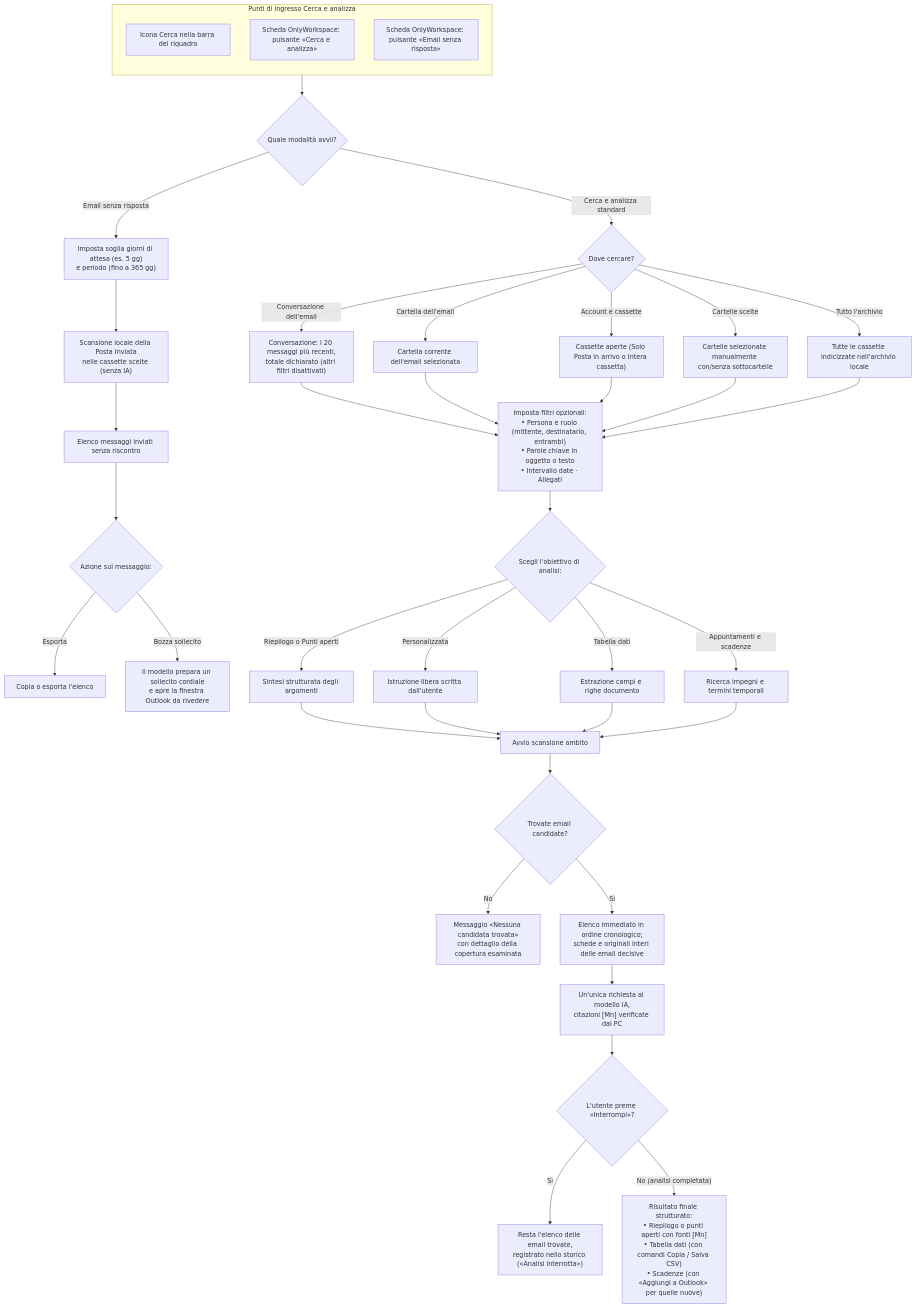
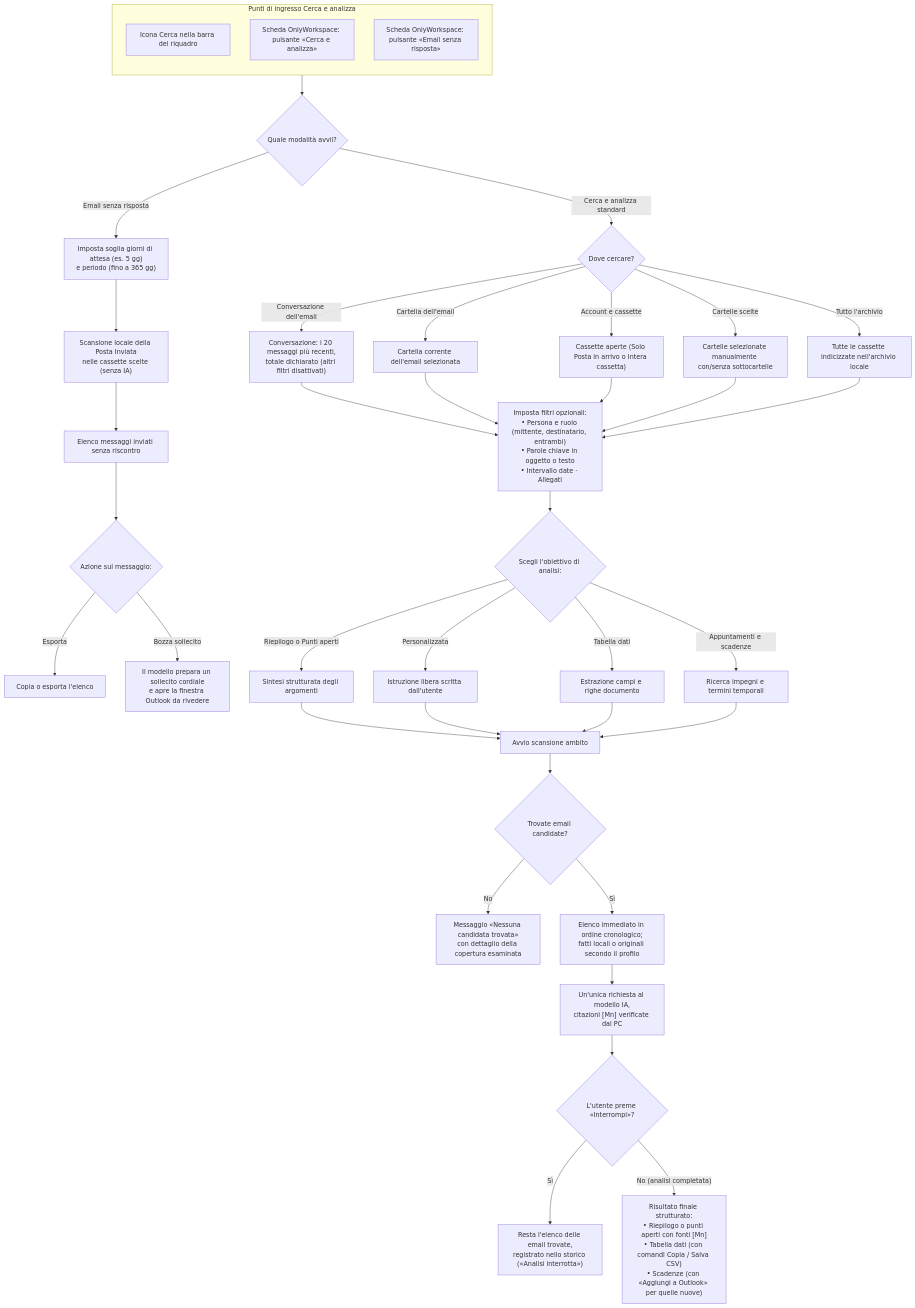
One commit to dennidalpos/OnlyWorkspace changed the fourth of 6 diagrams in docs/utente/guida-visiva.md. Above: the diagram before and after it, drawn with Mermaid. The commit also changed other lines of this file and 12 other files, not shown here.

````diff
--- a/docs/utente/guida-visiva.md
+++ b/docs/utente/guida-visiva.md
@@ -193,55 +195,55 @@
 ```mermaid
 flowchart TD
     subgraph INGRESSO_SEARCH["Punti di ingresso Cerca e analizza"]
         direction TB
         S1["Icona Cerca nella barra del riquadro"]
         S2["Scheda OnlyWorkspace: pulsante «Cerca e analizza»"]
         S3["Scheda OnlyWorkspace: pulsante «Email senza risposta»"]
     end
 
     INGRESSO_SEARCH --> RAMO_TIPO{"Quale modalità avvii?"}
 
     RAMO_TIPO -->|"Email senza risposta"| ESR_SETUP["Imposta soglia giorni di attesa (es. 5 gg)<br/>e periodo (fino a 365 gg)"]
     ESR_SETUP --> ESR_RUN["Scansione locale della Posta Inviata<br/>nelle cassette scelte (senza IA)"]
     ESR_RUN --> ESR_RES["Elenco messaggi inviati senza riscontro"]
     ESR_RES --> ESR_ACT{"Azione sul messaggio:"}
     ESR_ACT -->|"Esporta"| ESR_EXP["Copia o esporta l'elenco"]
     ESR_ACT -->|"Bozza sollecito"| ESR_DRAFT["Il modello prepara un sollecito cordiale<br/>e apre la finestra Outlook da rivedere"]
 
     RAMO_TIPO -->|"Cerca e analizza standard"| AMBITO{"Dove cercare?"}
 
     AMBITO -->|"Conversazione dell'email"| AMB_CONV["Conversazione: i 20 messaggi più recenti,<br/>totale dichiarato (altri filtri disattivati)"]
     AMBITO -->|"Cartella dell'email"| AMB_FOLD["Cartella corrente dell'email selezionata"]
     AMBITO -->|"Account e cassette"| AMB_BOX["Cassette aperte (Solo Posta in arrivo o Intera cassetta)"]
     AMBITO -->|"Cartelle scelte"| AMB_TREE["Cartelle selezionate manualmente con/senza sottocartelle"]
     AMBITO -->|"Tutto l'archivio"| AMB_ARCH["Tutte le cassette indicizzate nell'archivio locale"]
 
     AMB_CONV --> FILTRI
     AMB_FOLD --> FILTRI
     AMB_BOX --> FILTRI
     AMB_TREE --> FILTRI
     AMB_ARCH --> FILTRI
 
     FILTRI["Imposta filtri opzionali:<br/>• Persona e ruolo (mittente, destinatario, entrambi)<br/>• Parole chiave in oggetto o testo<br/>• Intervallo date · Allegati"]
 
     FILTRI --> OBIETTIVO{"Scegli l'obiettivo di analisi:"}
 
     OBIETTIVO -->|"Riepilogo o Punti aperti"| OB_SUM["Sintesi strutturata degli argomenti"]
     OBIETTIVO -->|"Personalizzata"| OB_CUST["Istruzione libera scritta dall'utente"]
     OBIETTIVO -->|"Tabella dati"| OB_TAB["Estrazione campi e righe documento"]
     OBIETTIVO -->|"Appuntamenti e scadenze"| OB_DATE["Ricerca impegni e termini temporali"]
 
     OB_SUM --> RUN_SEARCH["Avvio scansione ambito"]
     OB_CUST --> RUN_SEARCH
     OB_TAB --> RUN_SEARCH
     OB_DATE --> RUN_SEARCH
 
     RUN_SEARCH --> CHECK_CAND{"Trovate email candidate?"}
     CHECK_CAND -->|"No"| RES_ZERO["Messaggio «Nessuna candidata trovata»<br/>con dettaglio della copertura esaminata"]
-    CHECK_CAND -->|"Sì"| READ_BATCH["Elenco immediato in ordine cronologico;<br/>schede e originali interi delle email decisive"]
+    CHECK_CAND -->|"Sì"| READ_BATCH["Elenco immediato in ordine cronologico;<br/>fatti locali o originali secondo il profilo"]
     READ_BATCH --> PROCESS_IA["Un'unica richiesta al modello IA,<br/>citazioni [Mn] verificate dal PC"]
 
     PROCESS_IA --> CHECK_USER_STOP{"L'utente preme «Interrompi»?"}
     CHECK_USER_STOP -->|"Sì"| RES_PARTIAL["Resta l'elenco delle email trovate,<br/>registrato nello storico («Analisi interrotta»)"]
     CHECK_USER_STOP -->|"No (analisi completata)"| RES_FULL["Risultato finale strutturato:<br/>• Riepilogo o punti aperti con fonti [Mn]<br/>• Tabella dati (con comandi Copia / Salva CSV)<br/>• Scadenze (con «Aggiungi a Outlook» per quelle nuove)"]
 ```
````
